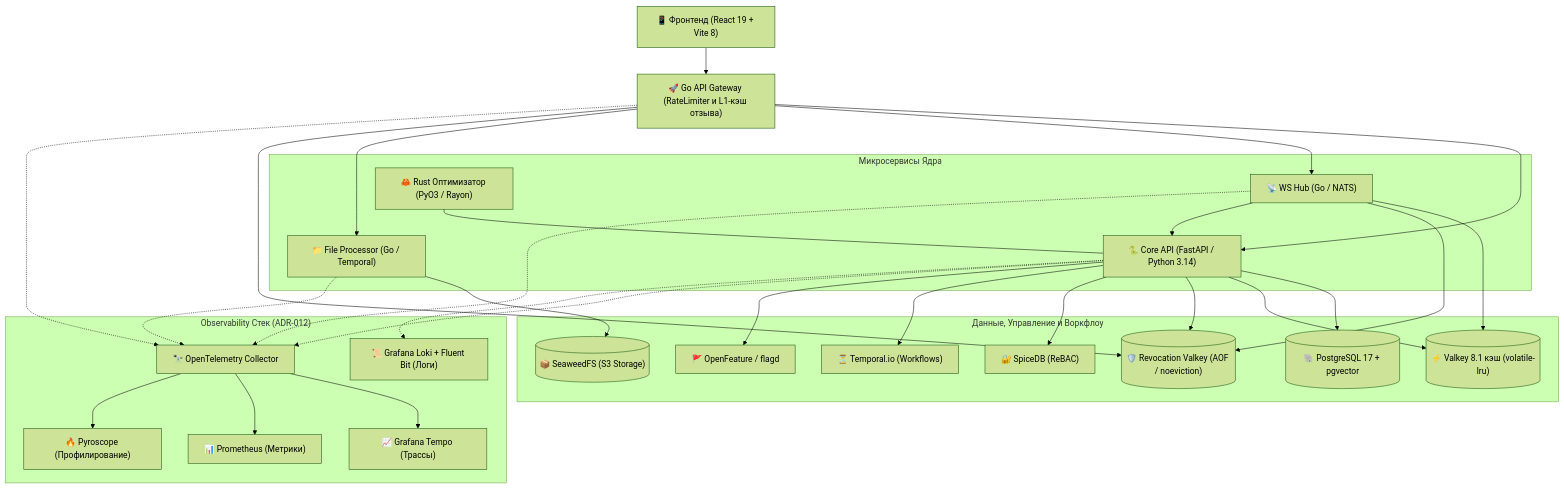
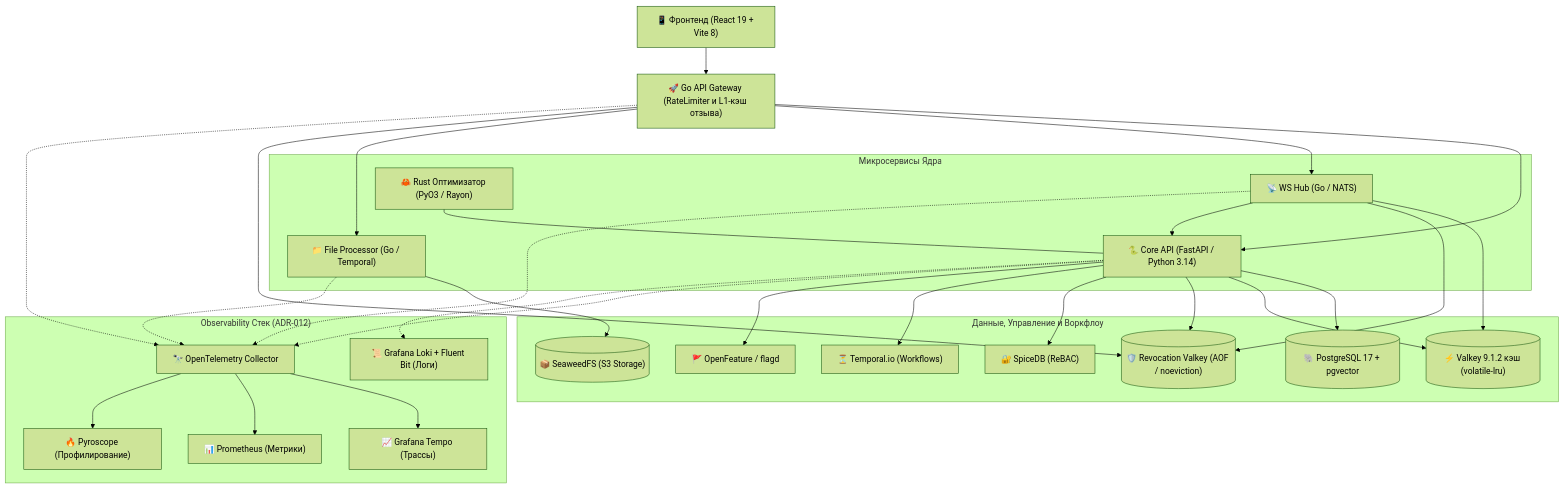
Before and after one commit to egorribun/university_ecosystem: the first of 3 diagrams in README.ru.md, drawn with Mermaid (forest theme). The commit also changed other lines of this file and 11 other files, not shown here.

````diff
--- a/README.ru.md
+++ b/README.ru.md
@@ -90,59 +90,59 @@
 ```mermaid
 graph TD
     Client["📱 Фронтенд (React 19 + Vite 8)"]
     Gateway["🚀 Go API Gateway (RateLimiter и L1-кэш отзыва)"]
 
     subgraph "Микросервисы Ядра"
         Backend["🐍 Core API (FastAPI / Python 3.14)"]
         WSHub["📡 WS Hub (Go / NATS)"]
         FileProc["📁 File Processor (Go / Temporal)"]
         Optimizer["🦀 Rust Оптимизатор (PyO3 / Rayon)"]
     end
 
     subgraph "Данные, Управление и Воркфлоу"
         Postgres[("🐘 PostgreSQL 17 + pgvector")]
-        Valkey[("⚡ Valkey 8.1 кэш (volatile-lru)")]
+        Valkey[("⚡ Valkey 9.1.2 кэш (volatile-lru)")]
         Revocations[("🛡️ Revocation Valkey (AOF / noeviction)")]
         MinIO[("📦 SeaweedFS (S3 Storage)")]
         Temporal["⏳ Temporal.io (Workflows)"]
         SpiceDB["🔐 SpiceDB (ReBAC)"]
         Flagd["🚩 OpenFeature / flagd"]
     end
 
     subgraph "Observability Стек (ADR-012)"
         OTEL["🔭 OpenTelemetry Collector"]
         Tempo["📈 Grafana Tempo (Трассы)"]
         Prometheus["📊 Prometheus (Метрики)"]
         Pyroscope["🔥 Pyroscope (Профилирование)"]
         Loki["📜 Grafana Loki + Fluent Bit (Логи)"]
     end
 
     Client --> Gateway
     Gateway --> Backend
     Gateway --> WSHub
     Gateway --> FileProc
 
     Backend --> Postgres
     Backend --> Valkey
     Backend --> Revocations
     Backend --> SpiceDB
     Backend --> Temporal
     Backend --> Flagd
 
     WSHub --> Valkey
     WSHub --> Revocations
     Gateway --> Revocations
     WSHub --> Backend
     FileProc --> MinIO
     Optimizer --- Backend
 
     Backend -.-> OTEL
     Gateway -.-> OTEL
     WSHub -.-> OTEL
     FileProc -.-> OTEL
 
     OTEL --> Tempo
     OTEL --> Prometheus
     OTEL --> Pyroscope
     Backend -.-> Loki
 ```
````
